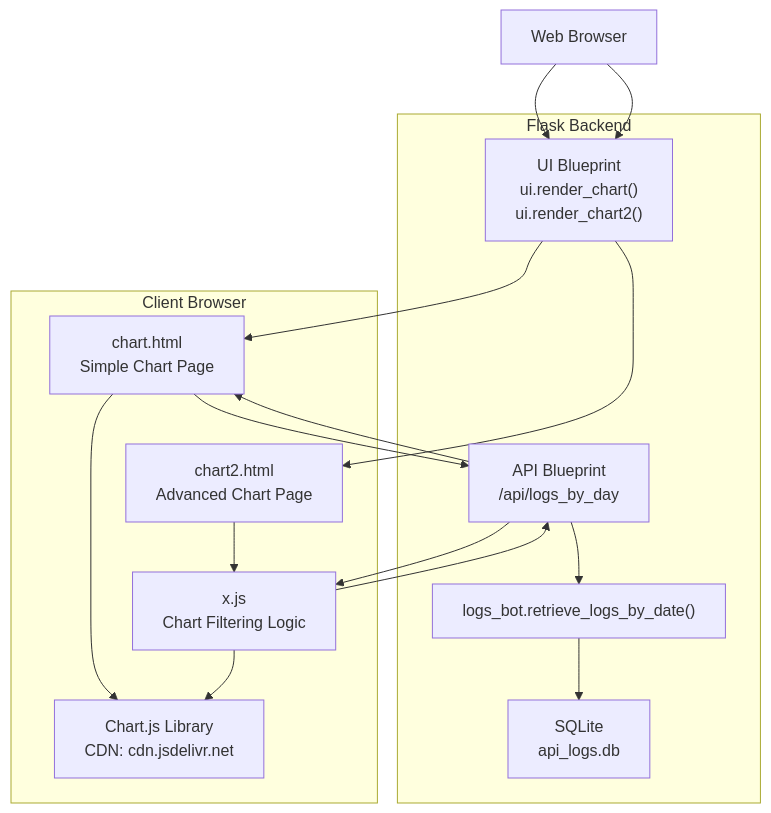
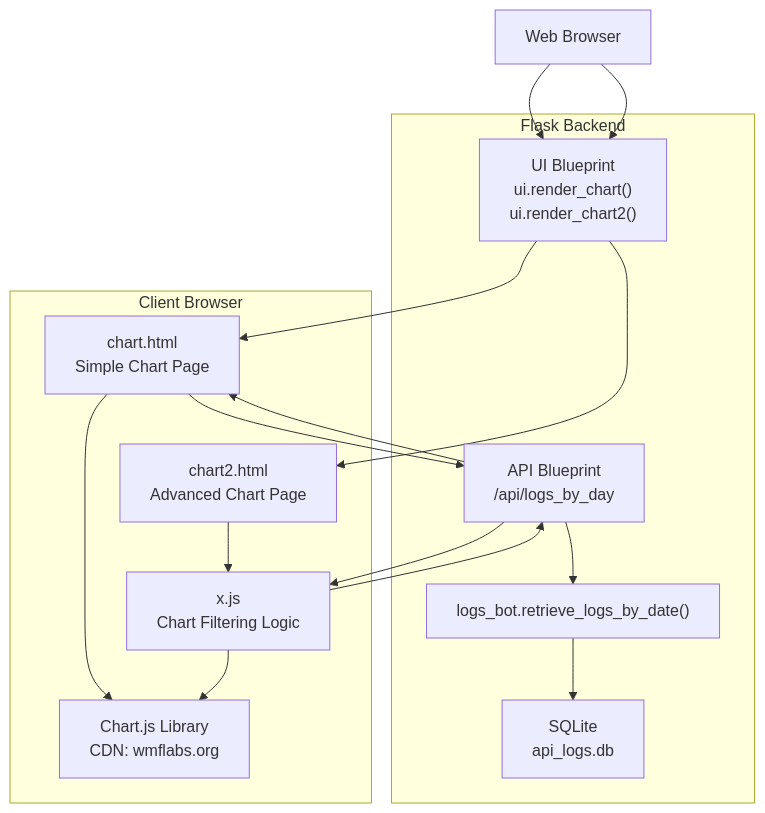
The first of 5 diagrams in docs/deepwiki/13.Chart-and-Visualization-Pages.md (ArWikiCats/ArWikiCatsWeb), drawn with Mermaid before and after one commit. The commit also changed 2 other files, not shown here.

Commit message:
refactor: migrate Chart.js CDN to wmflabs.org and specify version 4.5.0 in templates and documentation.

````diff
--- a/docs/deepwiki/13.Chart-and-Visualization-Pages.md
+++ b/docs/deepwiki/13.Chart-and-Visualization-Pages.md
@@ -34,41 +34,41 @@
 ```mermaid
 flowchart TD
 
 ChartHTML["chart.html<br>Simple Chart Page"]
 Chart2HTML["chart2.html<br>Advanced Chart Page"]
 XJS["x.js<br>Chart Filtering Logic"]
-ChartJS["Chart.js Library<br>CDN: cdn.jsdelivr.net"]
+ChartJS["Chart.js Library<br>CDN: wmflabs.org"]
 UIBlueprint["UI Blueprint<br>ui.render_chart()<br>ui.render_chart2()"]
 APIBlueprint["API Blueprint<br>/api/logs_by_day"]
 LogsBot["logs_bot.retrieve_logs_by_date()"]
 LogsDB["SQLite<br>api_logs.db"]
 Browser["Web Browser"]
 
 Browser --> UIBlueprint
 Browser --> UIBlueprint
 UIBlueprint --> ChartHTML
 UIBlueprint --> Chart2HTML
 ChartHTML --> APIBlueprint
 XJS --> APIBlueprint
 APIBlueprint --> ChartHTML
 APIBlueprint --> XJS
 
 subgraph subGraph1 ["Flask Backend"]
     UIBlueprint
     APIBlueprint
     LogsBot
     LogsDB
     APIBlueprint --> LogsBot
     LogsBot --> LogsDB
 end
 
 subgraph subGraph0 ["Client Browser"]
     ChartHTML
     Chart2HTML
     XJS
     ChartJS
     Chart2HTML --> XJS
     ChartHTML --> ChartJS
     XJS --> ChartJS
 end
 ```
````
